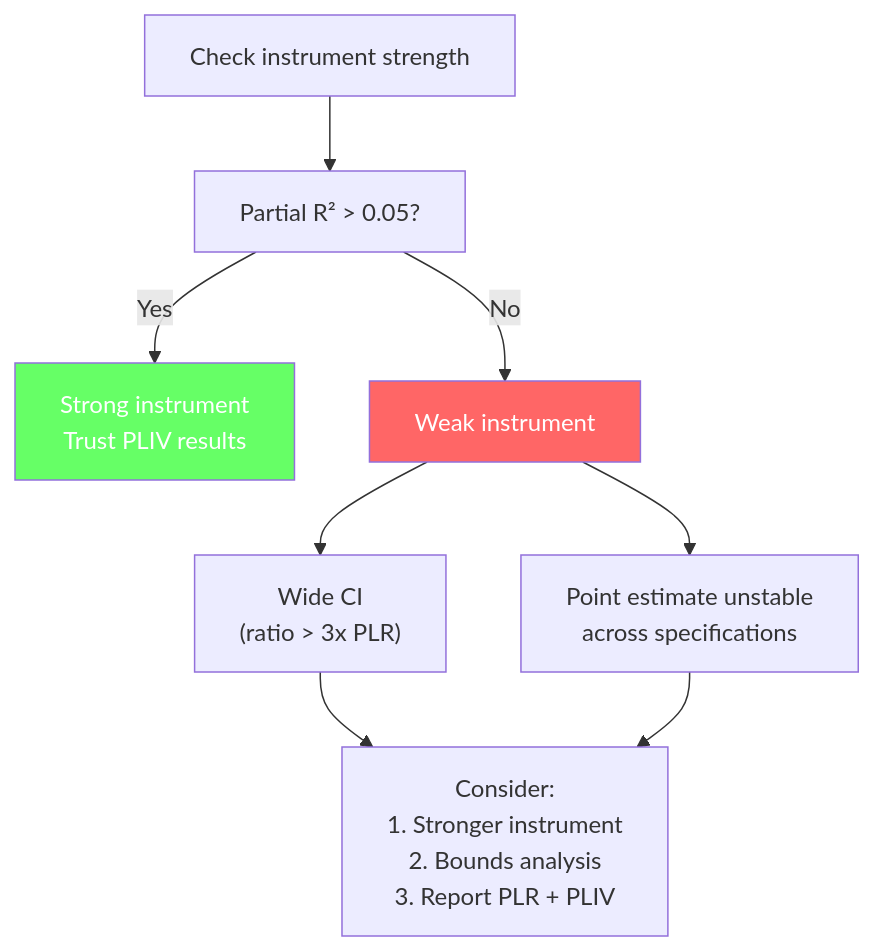
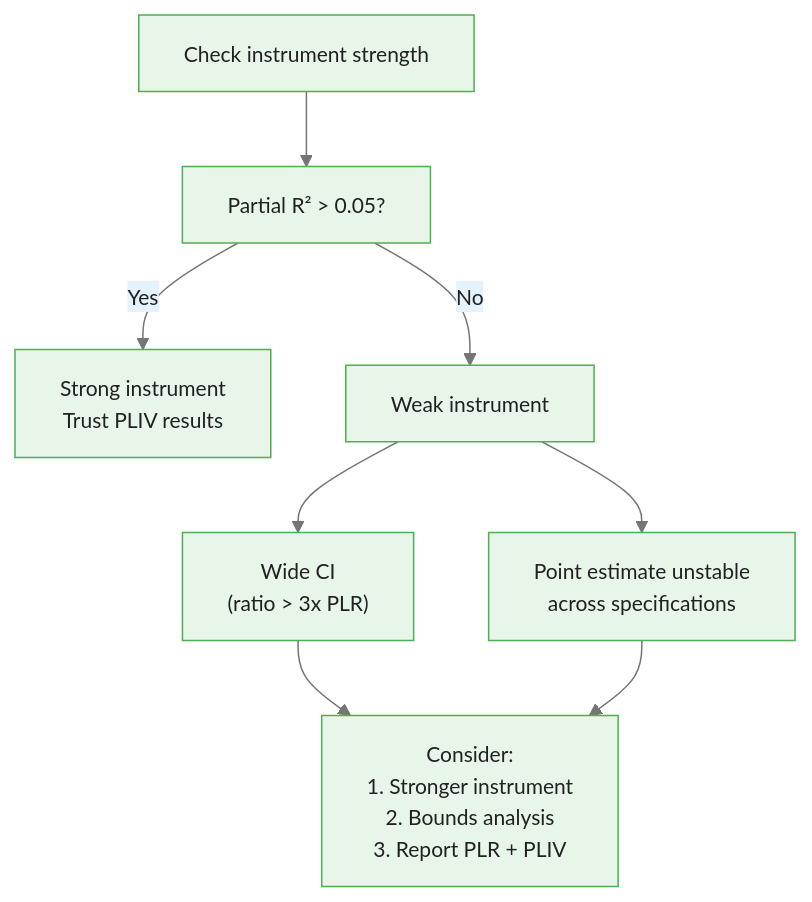
Before and after one commit to m-deane/course-creator: the second of 3 diagrams in courses/double-machine-learning/modules/module_07_instrumental_variables/guides/01_iv_with_dml_slides.md, drawn with Mermaid. The commit also changed other lines of this file and 40 other files, not shown here.

````diff
--- a/courses/double-machine-learning/modules/module_07_instrumental_variables/guides/01_iv_with_dml_slides.md
+++ b/courses/double-machine-learning/modules/module_07_instrumental_variables/guides/01_iv_with_dml_slides.md
@@ -161,12 +175,11 @@
 ```mermaid
+%%{init: {"theme": "base", "themeVariables": {"primaryColor": "#e8f5e9", "primaryBorderColor": "#4caf50", "primaryTextColor": "#212121", "secondaryColor": "#e3f2fd", "tertiaryColor": "#fff8e1", "lineColor": "#757575", "fontFamily": "Inter, sans-serif", "fontSize": "14px"}}}%%
 flowchart TD
     Check["Check instrument strength"] --> PR["Partial R² > 0.05?"]
     PR -->|"Yes"| Strong["Strong instrument<br/>Trust PLIV results"]
     PR -->|"No"| Weak["Weak instrument"]
     Weak --> Wide["Wide CI<br/>(ratio > 3x PLR)"]
     Weak --> Unstable["Point estimate unstable<br/>across specifications"]
     Wide --> Action["Consider:<br/>1. Stronger instrument<br/>2. Bounds analysis<br/>3. Report PLR + PLIV"]
     Unstable --> Action
-    style Strong fill:#6f6,color:#fff
-    style Weak fill:#f66,color:#fff
 ```
````
